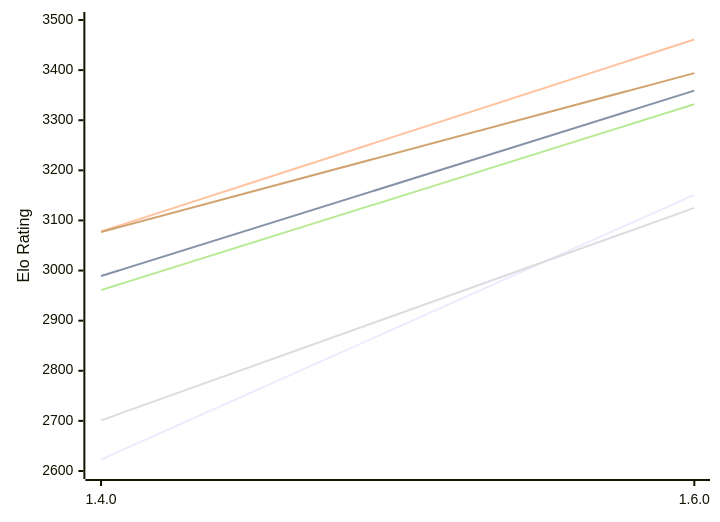
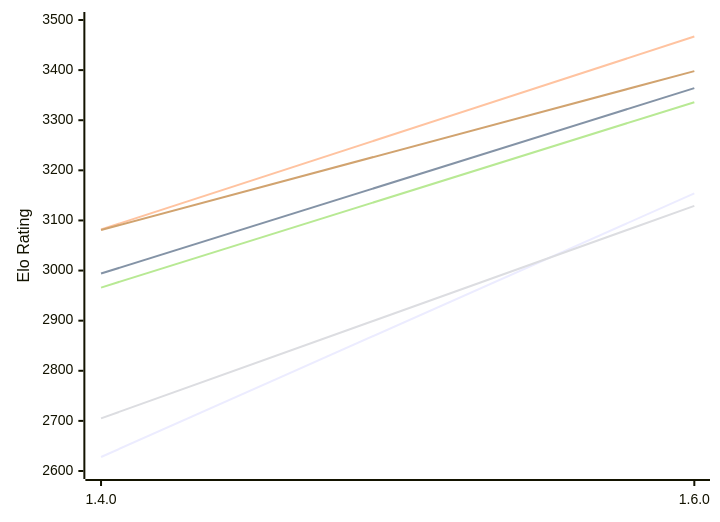
The first of 2 diagrams in engines/Gyatso.md (computer-chess-index/cci), drawn with Mermaid before and after one commit. The commit also changed other lines of this file, not shown here.

Commit message:
Update CCI Ratings (ELO VLTC) - 2026-11-20

````diff
--- a/engines/Gyatso.md
+++ b/engines/Gyatso.md
@@ -53,12 +53,12 @@
 ```mermaid
 %%{init: {"theme":"base","themeVariables":{"seriesColors:['#a3a3a3','#222221','#faa371']}}}%%
 xychart-beta
   x-axis ["1.4.0", "1.6.0"]
   y-axis "Elo Rating" 2600 --> 3500
-  line "E1: STC (8.0+0.08s)" [2623, 3151]
-  line "E1: LTC (60.0+0.60s)" [2989, 3359]
-  line "E1: VLTC (2m24s+1.12s)" [3078, 3461]
-  line "P1: STC (8.0+0.08s)" [2701, 3125]
-  line "P1: LTC (60.0+0.60s)" [2961, 3332]
-  line "P1: VLTC (2m24s+1.12s)" [3077, 3394]
+  line "E1: STC (8.0+0.08s)" [2628, 3154]
+  line "E1: LTC (60.0+0.60s)" [2994, 3364]
+  line "E1: VLTC (2m24s+1.12s)" [3082, 3467]
+  line "P1: STC (8.0+0.08s)" [2705, 3129]
+  line "P1: LTC (60.0+0.60s)" [2966, 3336]
+  line "P1: VLTC (2m24s+1.12s)" [3081, 3398]
 ```
````
